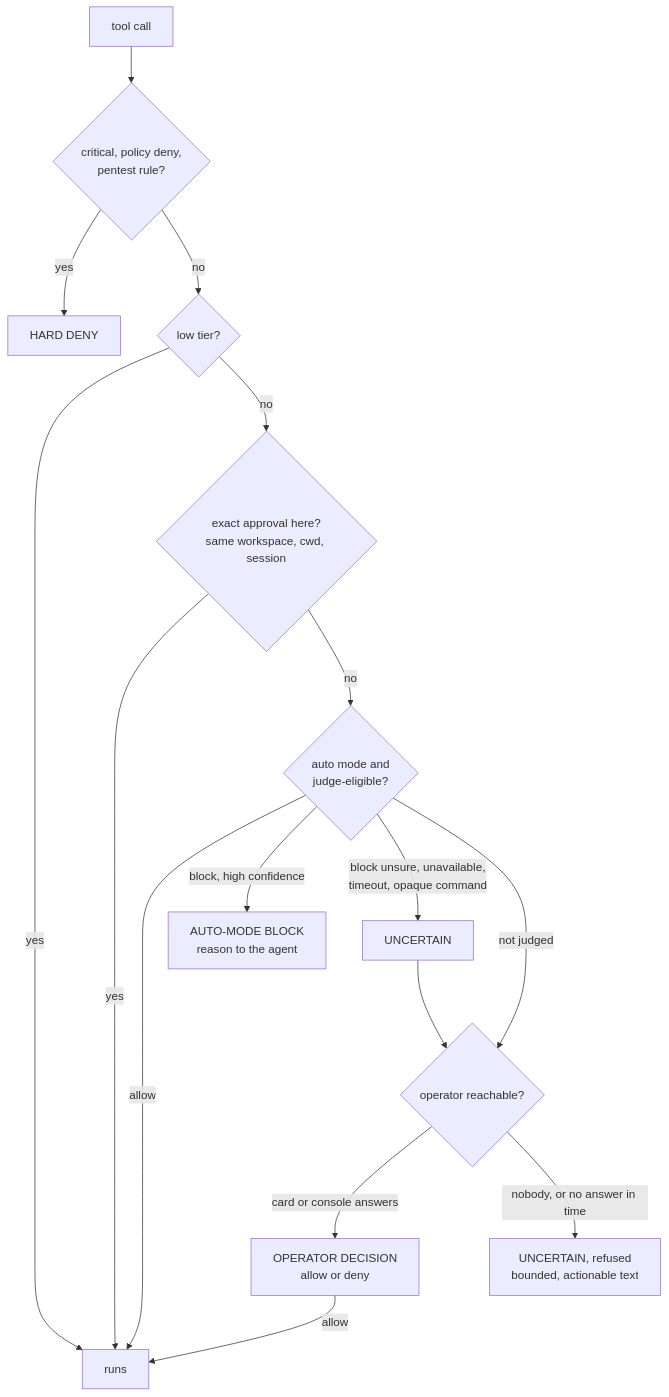
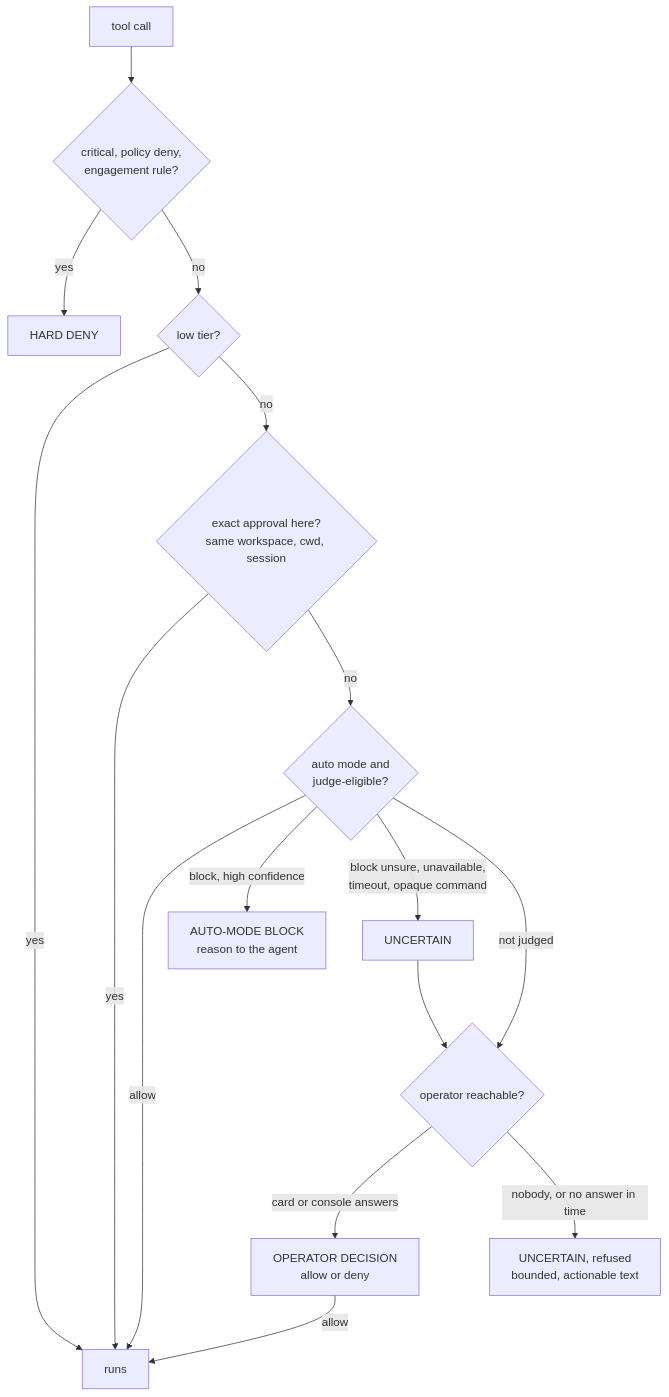
The diagram in docs/autonomy-gate.md (SATUNIX/luna), drawn with Mermaid before and after one commit. The commit also changed other lines of this file and 478 other files, not shown here.

````diff
--- a/docs/autonomy-gate.md
+++ b/docs/autonomy-gate.md
@@ -132,18 +132,18 @@
 ```mermaid
 flowchart TD
-    A[tool call] --> B{critical, policy deny,<br/>pentest rule?}
+    A[tool call] --> B{critical, policy deny,<br/>engagement rule?}
     B -- yes --> HD[HARD DENY]
     B -- no --> C{low tier?}
     C -- yes --> RUN[runs]
     C -- no --> D{exact approval here?<br/>same workspace, cwd, session}
     D -- yes --> RUN
     D -- no --> E{auto mode and<br/>judge-eligible?}
     E -- allow --> RUN
     E -- block, high confidence --> JB[AUTO-MODE BLOCK<br/>reason to the agent]
     E -- block unsure, unavailable,<br/>timeout, opaque command --> U[UNCERTAIN]
     E -- not judged --> Q{operator reachable?}
     U --> Q
     Q -- card or console answers --> OD[OPERATOR DECISION<br/>allow or deny]
     Q -- nobody, or no answer in time --> UF[UNCERTAIN, refused<br/>bounded, actionable text]
     OD -- allow --> RUN
 ```
````
